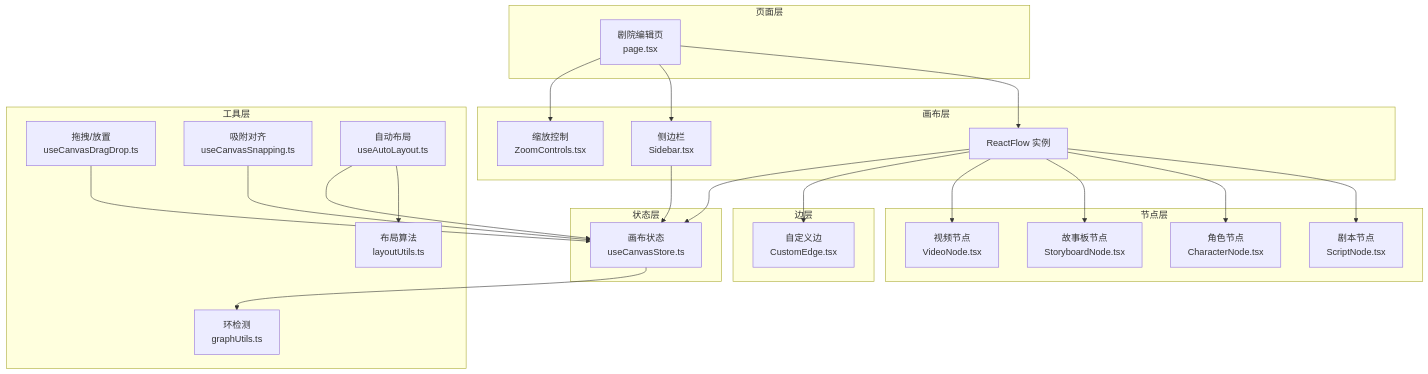
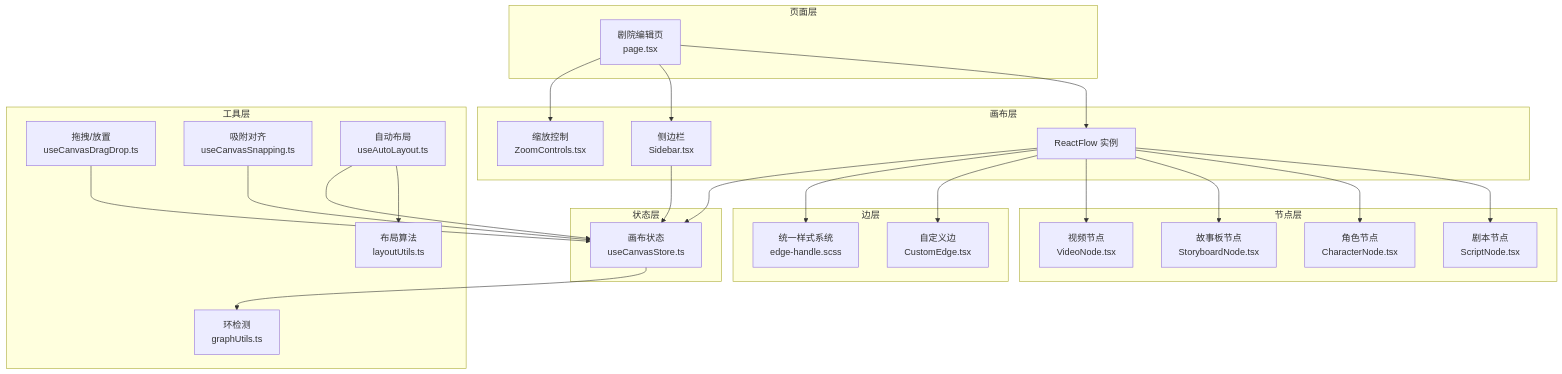
The first of 8 diagrams in .qoder/repowiki/zh/content/前端应用架构/UI组件库/画布组件系统/画布组件系统.md (KunLabAI/KunFlix), drawn with Mermaid before and after one commit. The commit also changed other lines of this file and 9 other files, not shown here.

````diff
--- a/.qoder/repowiki/zh/content/前端应用架构/UI组件库/画布组件系统/画布组件系统.md
+++ b/.qoder/repowiki/zh/content/前端应用架构/UI组件库/画布组件系统/画布组件系统.md
@@ -46,45 +55,47 @@
 ```mermaid
 graph TB
 subgraph "页面层"
 Page["剧院编辑页<br/>page.tsx"]
 end
 subgraph "画布层"
 RF["ReactFlow 实例"]
 Sidebar["侧边栏<br/>Sidebar.tsx"]
 Zoom["缩放控制<br/>ZoomControls.tsx"]
 end
 subgraph "节点层"
 TextNode["剧本节点<br/>ScriptNode.tsx"]
 CharNode["角色节点<br/>CharacterNode.tsx"]
 StoryNode["故事板节点<br/>StoryboardNode.tsx"]
 VideoNode["视频节点<br/>VideoNode.tsx"]
 end
 subgraph "边层"
 CustomEdge["自定义边<br/>CustomEdge.tsx"]
+EdgeHandle["统一样式系统<br/>edge-handle.scss"]
 end
 subgraph "状态层"
 Store["画布状态<br/>useCanvasStore.ts"]
 end
 subgraph "工具层"
 DragDrop["拖拽/放置<br/>useCanvasDragDrop.ts"]
 Snapping["吸附对齐<br/>useCanvasSnapping.ts"]
 AutoLayout["自动布局<br/>useAutoLayout.ts"]
 LayoutUtils["布局算法<br/>layoutUtils.ts"]
 GraphUtils["环检测<br/>graphUtils.ts"]
 end
 Page --> RF
 Page --> Sidebar
 Page --> Zoom
 RF --> TextNode
 RF --> CharNode
 RF --> StoryNode
 RF --> VideoNode
 RF --> CustomEdge
+RF --> EdgeHandle
 RF --> Store
 Sidebar --> Store
 DragDrop --> Store
 Snapping --> Store
 AutoLayout --> LayoutUtils
 AutoLayout --> Store
 Store --> GraphUtils
 ```
````
